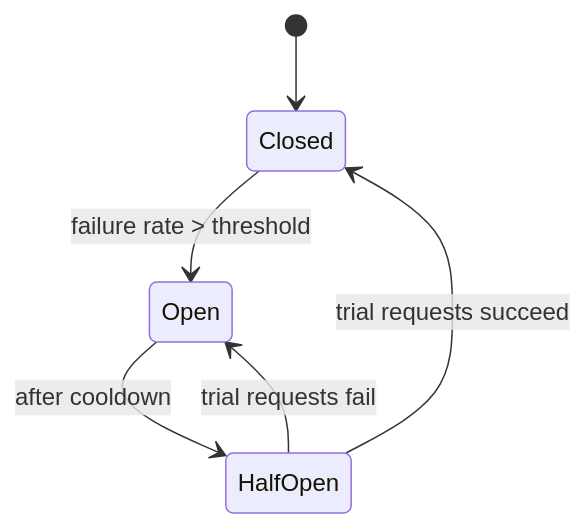
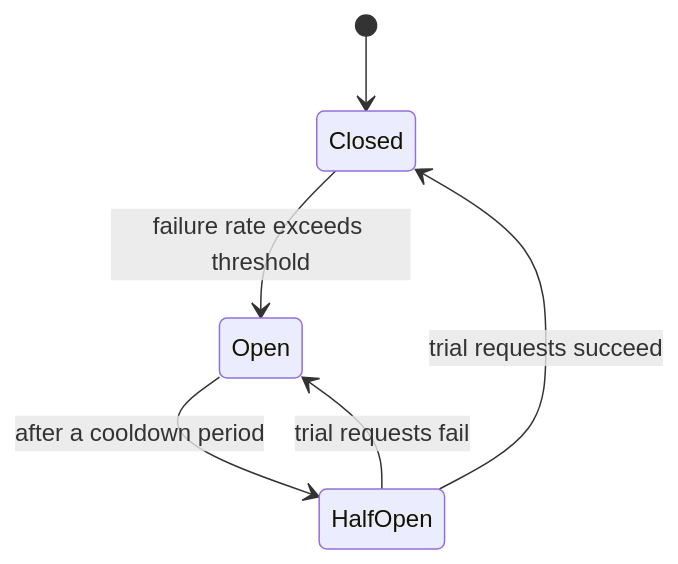
The eighth of 11 diagrams in system-design/HLD/0-course/39-Spectacular-Failures-FAANG-Guide-story.md (riyaz-pasha/Learnings), drawn with Mermaid before and after one commit. The commit also changed other lines of this file and 1 other file, not shown here.

Commit message:
[REWRITE] Spectacular Failures story guide: simplify prose, add structure, fix diagrams

````diff
--- a/system-design/HLD/0-course/39-Spectacular-Failures-FAANG-Guide-story.md
+++ b/system-design/HLD/0-course/39-Spectacular-Failures-FAANG-Guide-story.md
@@ -301,8 +392,8 @@
 ```mermaid
 stateDiagram-v2
     [*] --> Closed
-    Closed --> Open: failure rate > threshold
-    Open --> HalfOpen: after cooldown
+    Closed --> Open: failure rate exceeds threshold
+    Open --> HalfOpen: after a cooldown period
     HalfOpen --> Closed: trial requests succeed
     HalfOpen --> Open: trial requests fail
 ```
````
